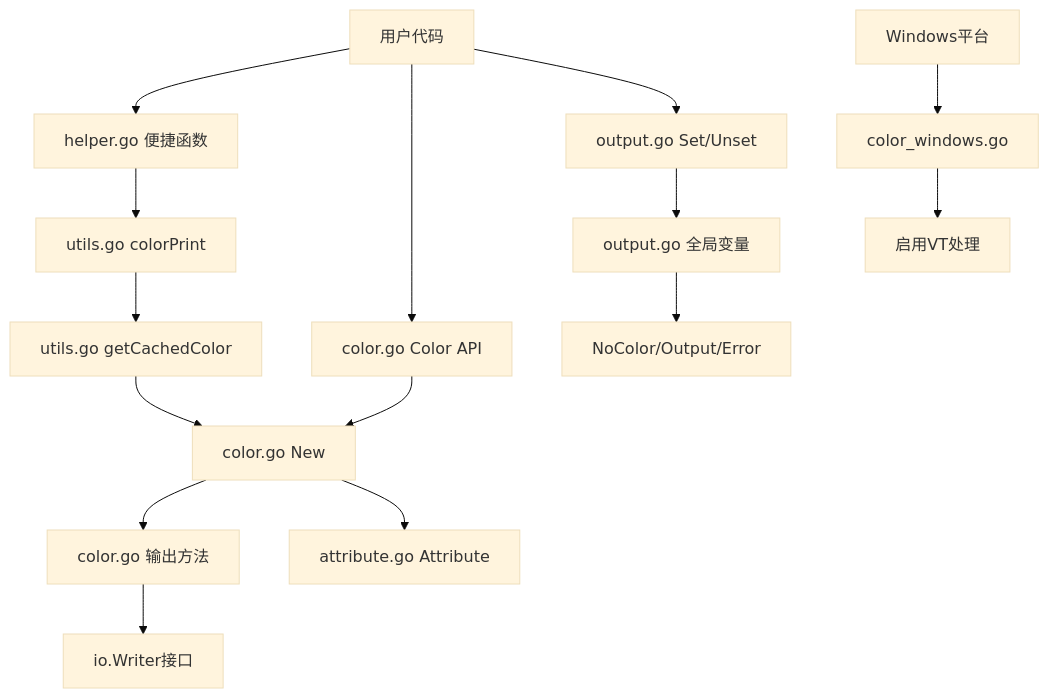
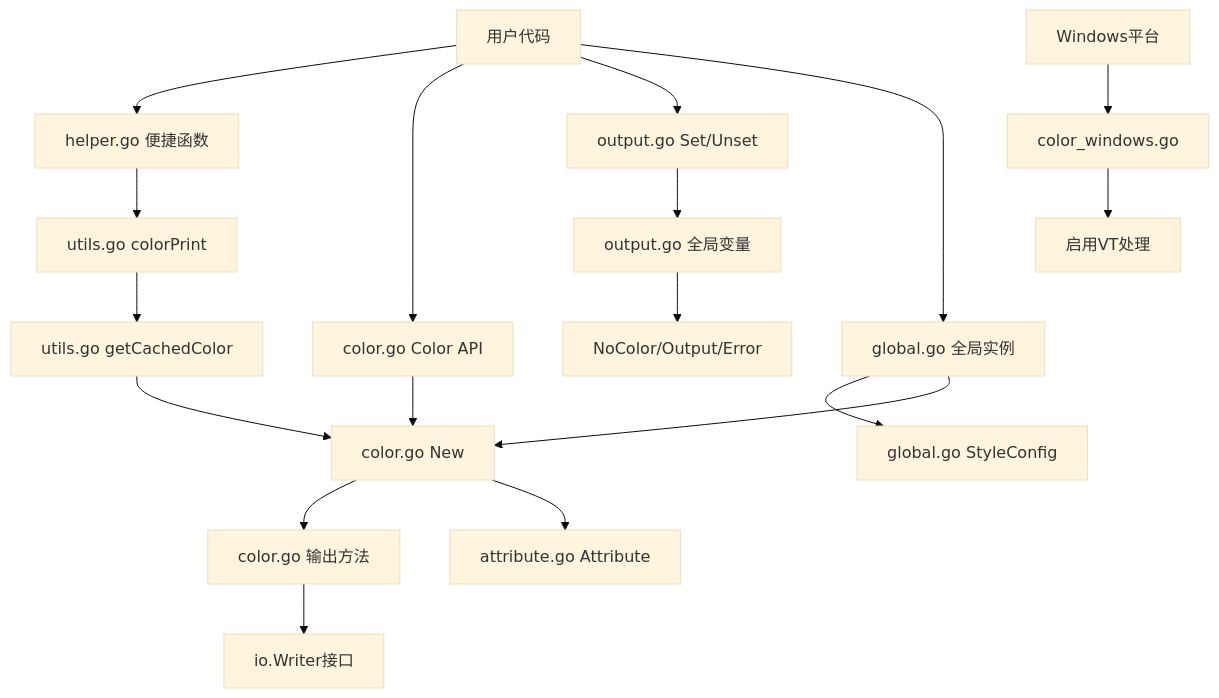
The diagram in color-analysis.md (QiaoMuDe/color), drawn with Mermaid (base theme) before and after one commit. The commit also changed other lines of this file and 1 other file, not shown here.

````diff
--- a/color-analysis.md
+++ b/color-analysis.md
@@ -137,22 +164,26 @@
 ```mermaid
 graph TD
     A[用户代码] --> B[helper.go 便捷函数]
     A --> C[color.go Color API]
     A --> D[output.go Set/Unset]
+    A --> P[global.go 全局实例]
     
     B --> E[utils.go colorPrint]
     E --> F[utils.go getCachedColor]
     F --> G[color.go New]
     
     C --> G
     G --> H[color.go 输出方法]
     H --> I[io.Writer接口]
     
     D --> J[output.go 全局变量]
     J --> K[NoColor/Output/Error]
     
+    P --> Q[global.go StyleConfig]
+    P --> G
+    
     G --> L[attribute.go Attribute]
     
     M[Windows平台] --> N[color_windows.go]
     N --> O[启用VT处理]
 ```
````
